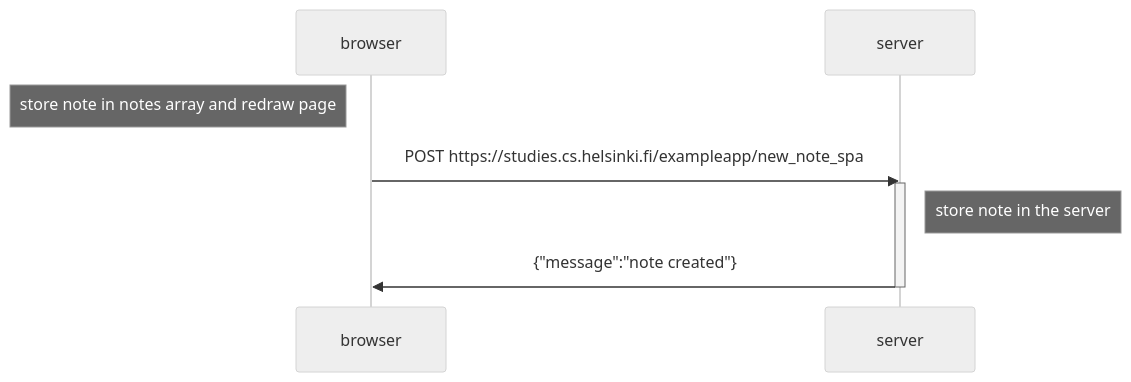
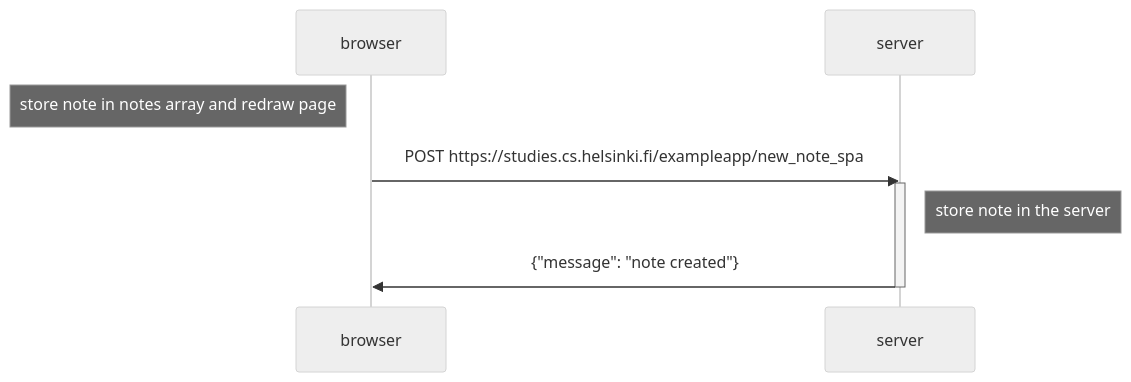
One commit to althenelh-hub/OpenExercises changed the diagram in part0/Exercise0.6_new_note_spa.md. Above: the diagram before and after it, drawn with Mermaid (neutral theme).

````diff
--- a/part0/Exercise0.6_new_note_spa.md
+++ b/part0/Exercise0.6_new_note_spa.md
@@ -1,9 +1,9 @@
 ```mermaid
 sequenceDiagram
   note left of browser: store note in notes array and redraw page
   browser->>server:POST https://studies.cs.helsinki.fi/exampleapp/new_note_spa
   activate server
   note right of server: store note in the server
-  server->>browser:{"message":"note created"}
+  server->>browser:{"message": "note created"}
   deactivate server
 ```
````
